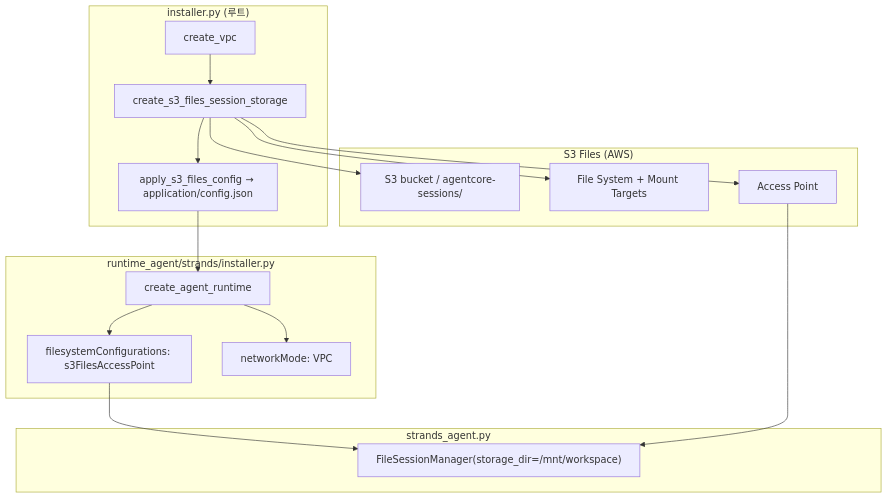
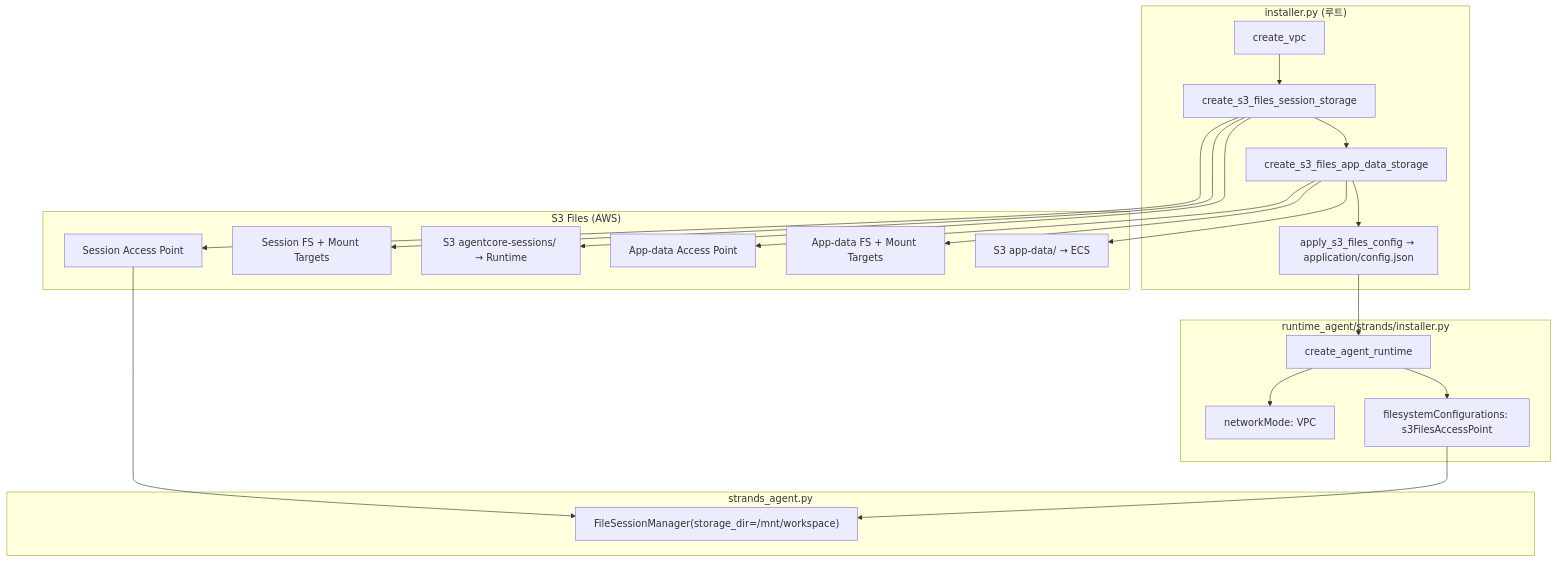
Before and after one commit to kyopark2014/strands-runtime: the second of 2 diagrams in README.md, drawn with Mermaid. The commit also changed other lines of this file and 6 other files, not shown here.

First line of the commit message:
Isolate ECS app data on a dedicated app-data S3 Files mount.

````diff
--- a/README.md
+++ b/README.md
@@ -1011,32 +1011,39 @@
 ```mermaid
 flowchart TB
     subgraph root_installer ["installer.py (루트)"]
         A[create_vpc] --> B[create_s3_files_session_storage]
-        B --> C[apply_s3_files_config → application/config.json]
+        B --> B2[create_s3_files_app_data_storage]
+        B2 --> C[apply_s3_files_config → application/config.json]
     end
 
     subgraph s3files_aws ["S3 Files (AWS)"]
-        D[S3 bucket / agentcore-sessions/]
-        E[File System + Mount Targets]
-        F[Access Point]
+        D[S3 agentcore-sessions/ → Runtime]
+        D2[S3 app-data/ → ECS]
+        E[Session FS + Mount Targets]
+        E2[App-data FS + Mount Targets]
+        F[Session Access Point]
+        F2[App-data Access Point]
     end
 
     subgraph runtime_installer ["runtime_agent/strands/installer.py"]
         G[create_agent_runtime]
         H["filesystemConfigurations: s3FilesAccessPoint"]
         I["networkMode: VPC"]
     end
 
     subgraph runtime_agent ["strands_agent.py"]
         J["FileSessionManager(storage_dir=/mnt/workspace)"]
     end
 
     B --> D
     B --> E
     B --> F
+    B2 --> D2
+    B2 --> E2
+    B2 --> F2
     C --> G
     G --> H
     G --> I
     H --> J
     F --> J
 ```
````
